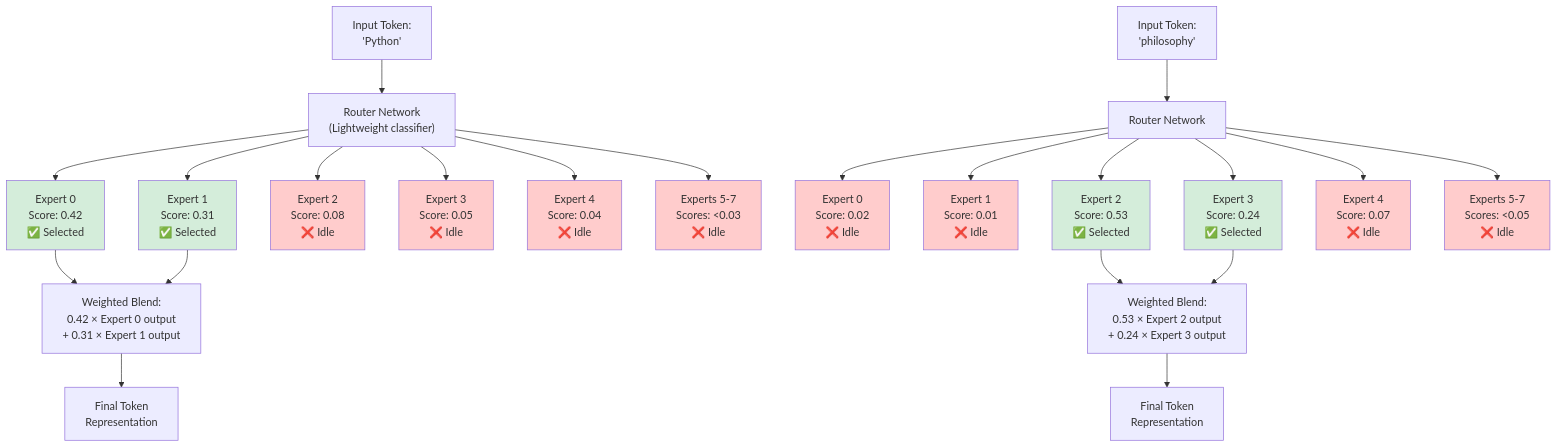
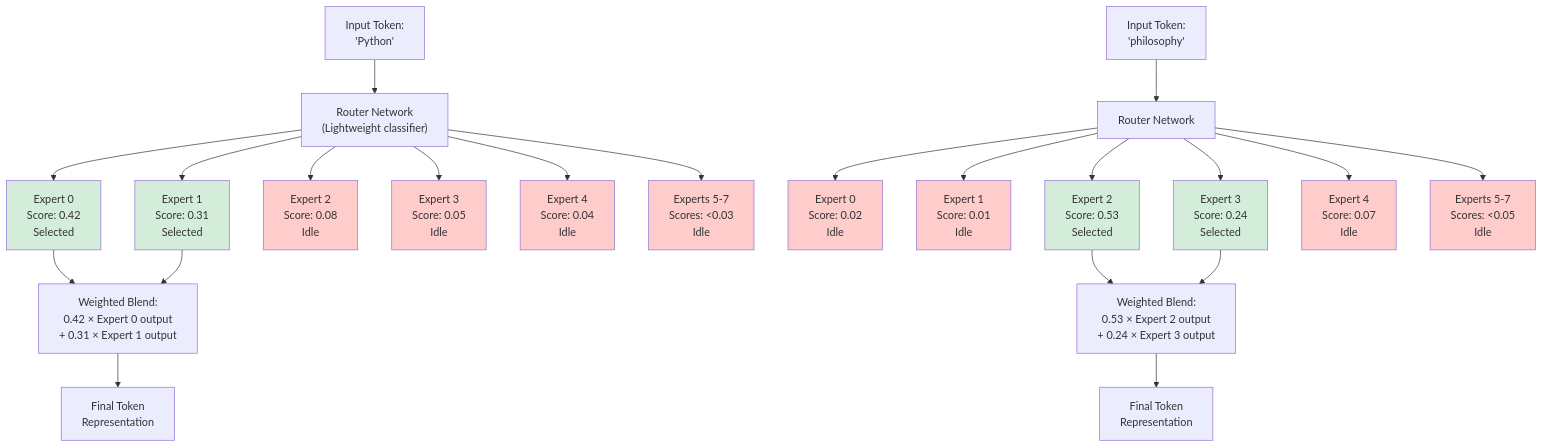
One commit to dsgouda7/ai-portfolio changed the first of 7 diagrams in notes/03-ai/ch04-llm-model-internals/model-internals.md. Above: the diagram before and after it, drawn with Mermaid. The commit also changed other lines of this file and 391 other files, not shown here.

````diff
--- a/notes/03-ai/ch04-llm-model-internals/model-internals.md
+++ b/notes/03-ai/ch04-llm-model-internals/model-internals.md
@@ -95,44 +95,44 @@
 ```mermaid
 graph TB
-    A["Input Token:<br/>'Python'"] --> B["Router Network<br/>(Lightweight classifier)"]
+ A["Input Token:<br/>'Python'"] --> B["Router Network<br/>(Lightweight classifier)"]
 
-    B --> C1["Expert 0<br/>Score: 0.42<br/>✅ Selected"]
-    B --> C2["Expert 1<br/>Score: 0.31<br/>✅ Selected"]
-    B --> C3["Expert 2<br/>Score: 0.08<br/>❌ Idle"]
-    B --> C4["Expert 3<br/>Score: 0.05<br/>❌ Idle"]
-    B --> C5["Expert 4<br/>Score: 0.04<br/>❌ Idle"]
-    B --> C6["Experts 5-7<br/>Scores: <0.03<br/>❌ Idle"]
+ B --> C1["Expert 0<br/>Score: 0.42<br/> Selected"]
+ B --> C2["Expert 1<br/>Score: 0.31<br/> Selected"]
+ B --> C3["Expert 2<br/>Score: 0.08<br/> Idle"]
+ B --> C4["Expert 3<br/>Score: 0.05<br/> Idle"]
+ B --> C5["Expert 4<br/>Score: 0.04<br/> Idle"]
+ B --> C6["Experts 5-7<br/>Scores: <0.03<br/> Idle"]
 
-    C1 --> D["Weighted Blend:<br/>0.42 × Expert 0 output<br/>+ 0.31 × Expert 1 output"]
-    C2 --> D
+ C1 --> D["Weighted Blend:<br/>0.42 × Expert 0 output<br/>+ 0.31 × Expert 1 output"]
+ C2 --> D
 
-    D --> E["Final Token<br/>Representation"]
+ D --> E["Final Token<br/>Representation"]
 
-    A2["Input Token:<br/>'philosophy'"] --> B2["Router Network"]
+ A2["Input Token:<br/>'philosophy'"] --> B2["Router Network"]
 
-    B2 --> E1["Expert 0<br/>Score: 0.02<br/>❌ Idle"]
-    B2 --> E2["Expert 1<br/>Score: 0.01<br/>❌ Idle"]
-    B2 --> E3["Expert 2<br/>Score: 0.53<br/>✅ Selected"]
-    B2 --> E4["Expert 3<br/>Score: 0.24<br/>✅ Selected"]
-    B2 --> E5["Expert 4<br/>Score: 0.07<br/>❌ Idle"]
-    B2 --> E6["Experts 5-7<br/>Scores: <0.05<br/>❌ Idle"]
+ B2 --> E1["Expert 0<br/>Score: 0.02<br/> Idle"]
+ B2 --> E2["Expert 1<br/>Score: 0.01<br/> Idle"]
+ B2 --> E3["Expert 2<br/>Score: 0.53<br/> Selected"]
+ B2 --> E4["Expert 3<br/>Score: 0.24<br/> Selected"]
+ B2 --> E5["Expert 4<br/>Score: 0.07<br/> Idle"]
+ B2 --> E6["Experts 5-7<br/>Scores: <0.05<br/> Idle"]
 
-    E3 --> F["Weighted Blend:<br/>0.53 × Expert 2 output<br/>+ 0.24 × Expert 3 output"]
-    E4 --> F
+ E3 --> F["Weighted Blend:<br/>0.53 × Expert 2 output<br/>+ 0.24 × Expert 3 output"]
+ E4 --> F
 
-    F --> G["Final Token<br/>Representation"]
+ F --> G["Final Token<br/>Representation"]
 
-    style C1 fill:#d4edda
-    style C2 fill:#d4edda
-    style C3 fill:#ffcccc
-    style C4 fill:#ffcccc
-    style C5 fill:#ffcccc
-    style C6 fill:#ffcccc
+ style C1 fill:#d4edda
+ style C2 fill:#d4edda
+ style C3 fill:#ffcccc
+ style C4 fill:#ffcccc
+ style C5 fill:#ffcccc
+ style C6 fill:#ffcccc
 
-    style E3 fill:#d4edda
-    style E4 fill:#d4edda
-    style E1 fill:#ffcccc
-    style E2 fill:#ffcccc
-    style E5 fill:#ffcccc
-    style E6 fill:#ffcccc
+ style E3 fill:#d4edda
+ style E4 fill:#d4edda
+ style E1 fill:#ffcccc
+ style E2 fill:#ffcccc
+ style E5 fill:#ffcccc
+ style E6 fill:#ffcccc
 ```
````
